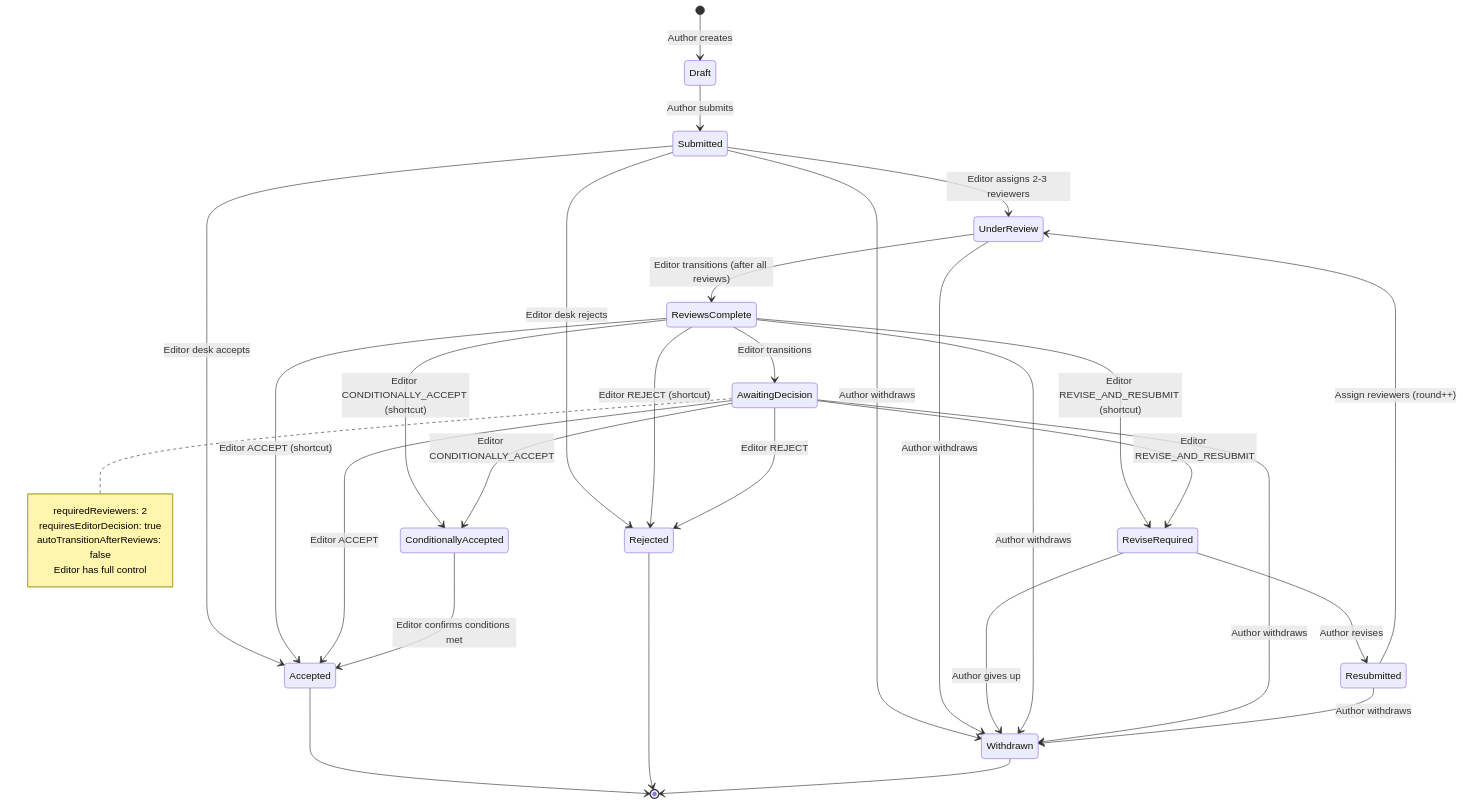
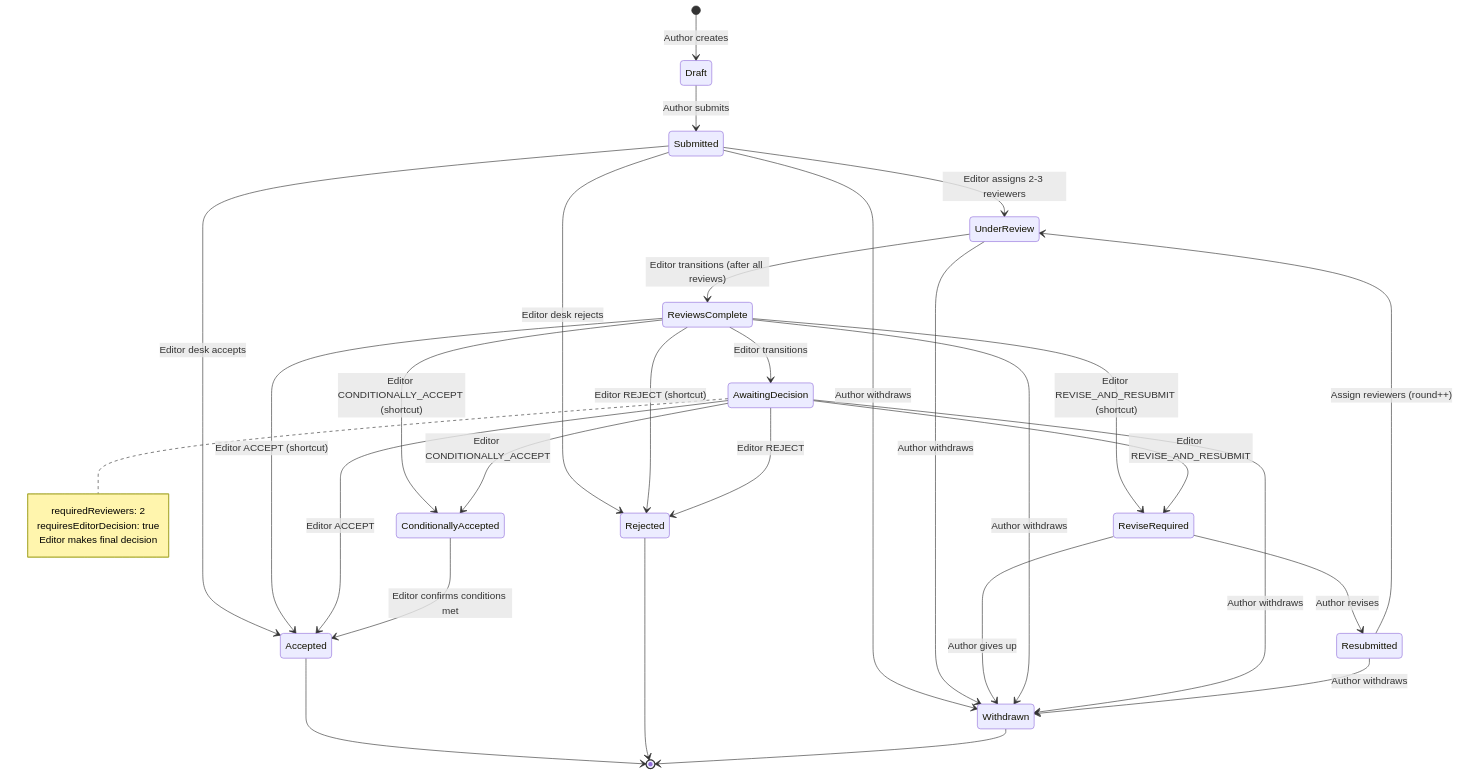
Before and after one commit to unlimited-labs/suberus: the second of 5 diagrams in WORKFLOW.md, drawn with Mermaid. The commit also changed other lines of this file and 12 other files, not shown here.

First line of the commit message:
refactor: remove autoTransitionAfterReviews option

````diff
--- a/WORKFLOW.md
+++ b/WORKFLOW.md
@@ -66,45 +65,44 @@
 ```mermaid
 stateDiagram-v2
     [*] --> Draft: Author creates
     Draft --> Submitted: Author submits
     Submitted --> UnderReview: Editor assigns 2-3 reviewers
     Submitted --> Accepted: Editor desk accepts
     Submitted --> Rejected: Editor desk rejects
     Submitted --> Withdrawn: Author withdraws
 
     UnderReview --> ReviewsComplete: Editor transitions (after all reviews)
     UnderReview --> Withdrawn: Author withdraws
 
     ReviewsComplete --> AwaitingDecision: Editor transitions
     ReviewsComplete --> Accepted: Editor ACCEPT (shortcut)
     ReviewsComplete --> ConditionallyAccepted: Editor CONDITIONALLY_ACCEPT (shortcut)
     ReviewsComplete --> ReviseRequired: Editor REVISE_AND_RESUBMIT (shortcut)
     ReviewsComplete --> Rejected: Editor REJECT (shortcut)
 
     AwaitingDecision --> Accepted: Editor ACCEPT
     AwaitingDecision --> ConditionallyAccepted: Editor CONDITIONALLY_ACCEPT
     AwaitingDecision --> ReviseRequired: Editor REVISE_AND_RESUBMIT
     AwaitingDecision --> Rejected: Editor REJECT
 
     ReviseRequired --> Resubmitted: Author revises
     ReviseRequired --> Withdrawn: Author gives up
 
     Resubmitted --> UnderReview: Assign reviewers (round++)
 
     ConditionallyAccepted --> Accepted: Editor confirms conditions met
 
     ReviewsComplete --> Withdrawn: Author withdraws
     AwaitingDecision --> Withdrawn: Author withdraws
     Resubmitted --> Withdrawn: Author withdraws
 
     Accepted --> [*]
     Rejected --> [*]
     Withdrawn --> [*]
 
     note right of AwaitingDecision
         requiredReviewers: 2
         requiresEditorDecision: true
-        autoTransitionAfterReviews: false
-        Editor has full control
+        Editor makes final decision
     end note
 ```
````
